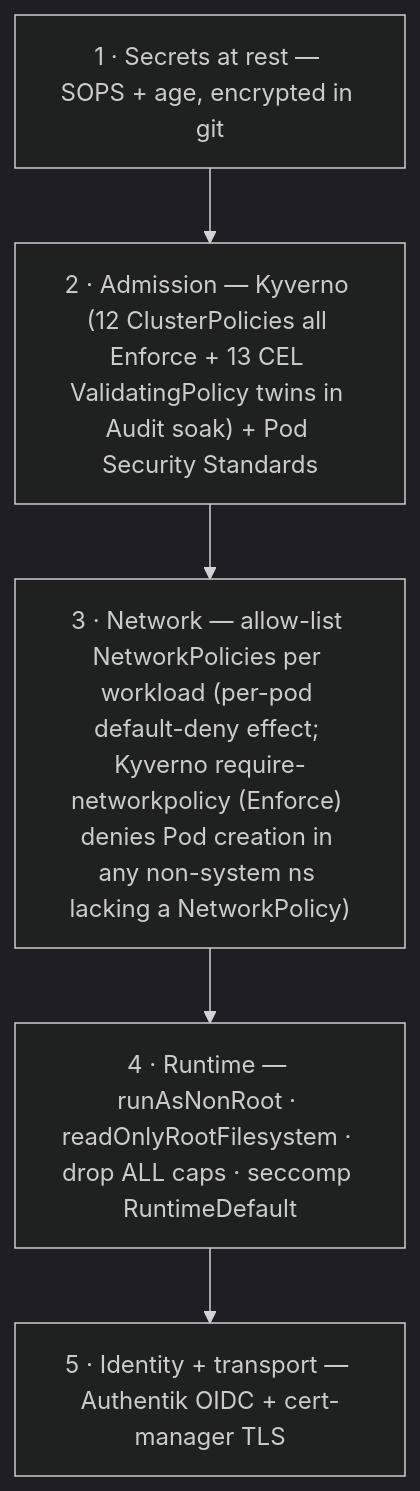
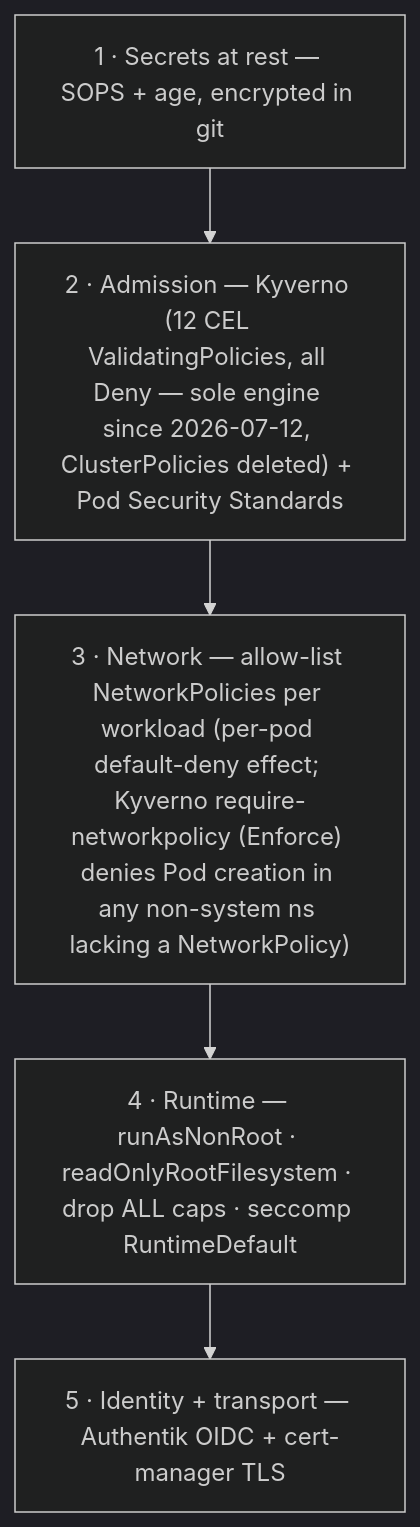
The fourth of 4 diagrams in docs/ARCHITECTURE.md (AKhozya/homelab), drawn with Mermaid (dark theme) before and after one commit. The commit also changed other lines of this file and 5 other files, not shown here.

````diff
--- a/docs/ARCHITECTURE.md
+++ b/docs/ARCHITECTURE.md
@@ -98,9 +101,9 @@
 ```mermaid
 flowchart TB
   L1["1 · Secrets at rest — SOPS + age, encrypted in git"]
-  L2["2 · Admission — Kyverno (12 ClusterPolicies all Enforce + 13 CEL ValidatingPolicy twins in Audit soak) + Pod Security Standards"]
+  L2["2 · Admission — Kyverno (12 CEL ValidatingPolicies, all Deny — sole engine since 2026-07-12, ClusterPolicies deleted) + Pod Security Standards"]
   L3["3 · Network — allow-list NetworkPolicies per workload (per-pod default-deny effect; Kyverno require-networkpolicy (Enforce) denies Pod creation in any non-system ns lacking a NetworkPolicy)"]
   L4["4 · Runtime — runAsNonRoot · readOnlyRootFilesystem · drop ALL caps · seccomp RuntimeDefault"]
   L5["5 · Identity + transport — Authentik OIDC + cert-manager TLS"]
   L1 --> L2 --> L3 --> L4 --> L5
 ```
````
